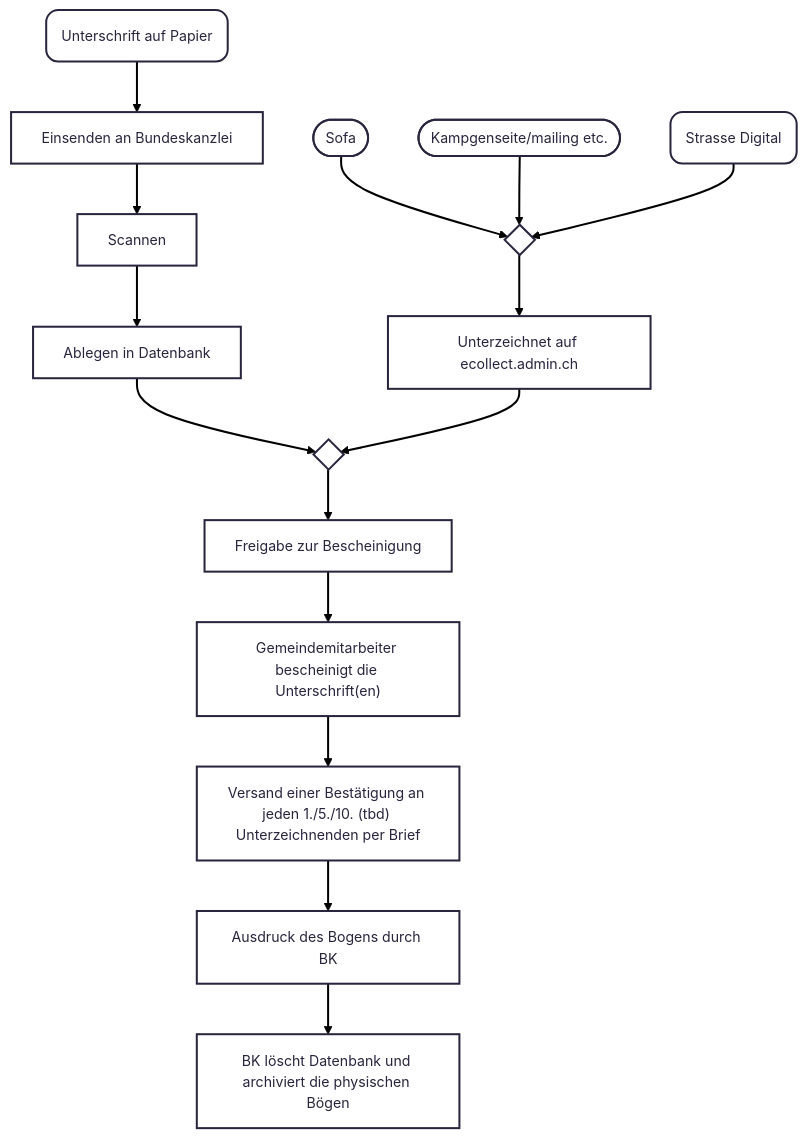
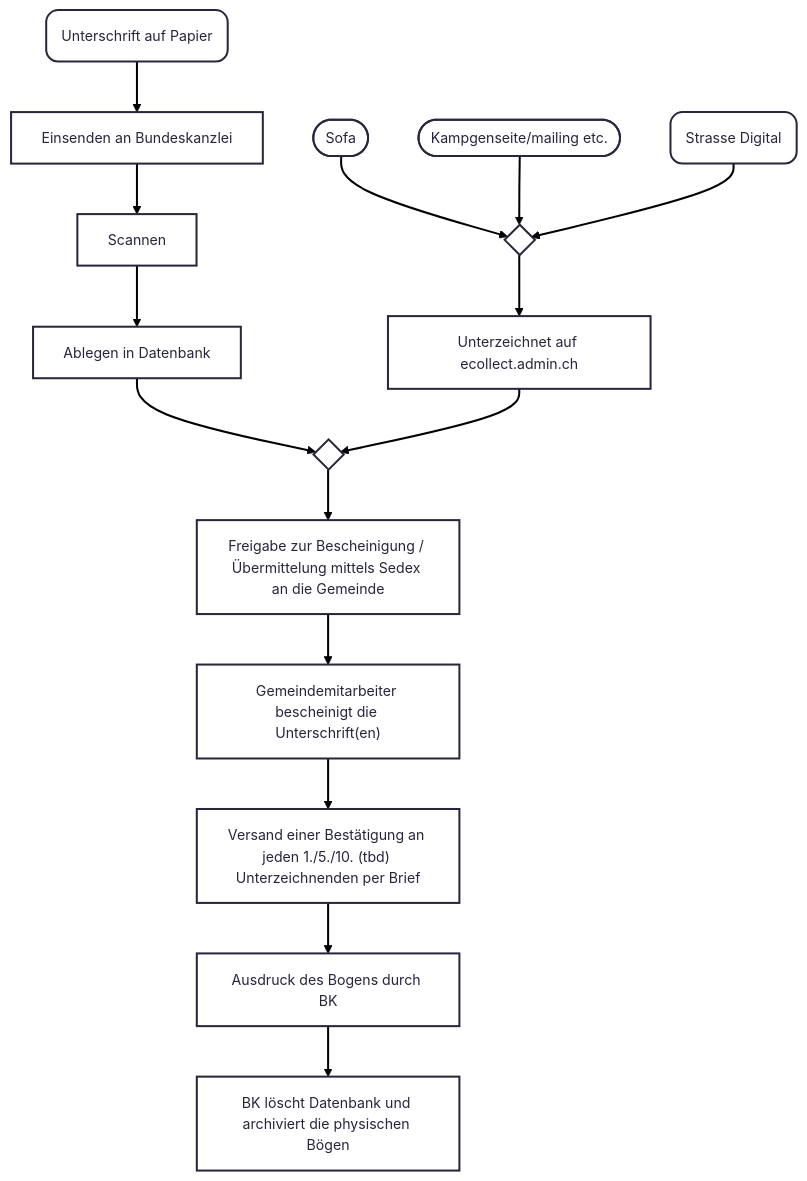
Before and after one commit to swiss/e-collecting-hackathon-team5: the first of 2 diagrams in README.md, drawn with Mermaid.

````diff
--- a/README.md
+++ b/README.md
@@ -24,29 +24,29 @@
 ```mermaid
 ---
 config:
   theme: redux
 ---
 flowchart TD
     A(["Sofa"]) --> B{" "}
     B --> C["Unterzeichnet auf ecollect.admin.ch"]
     n4(["Kampgenseite/mailing etc."]) --> B
     n2["Strasse Digital"] --> B
     n5["Unterschrift auf Papier"] --> n6["Einsenden an Bundeskanzlei"]
     n6 --> n7["Scannen"]
     n7 --> n8["Ablegen in Datenbank"]
     n8 --> n9[" "]
-    n9 --> n10["Freigabe zur Bescheinigung"]
+    n9 --> n10["Freigabe zur Bescheinigung / Übermittelung mittels Sedex an die Gemeinde"]
     C --> n9
     n10 --> n11["Gemeindemitarbeiter bescheinigt die Unterschrift(en)"]
     n11 --> n12["Versand einer Bestätigung an jeden 1./5./10. (tbd) Unterzeichnenden per Brief"]
     n12 --> n13["Ausdruck des Bogens durch BK"]
     n13 --> n14["BK löscht Datenbank und archiviert die physischen Bögen"]
     n2@{ shape: rounded}
     n5@{ shape: rounded}
     n6@{ shape: rect}
     n7@{ shape: rect}
     n9@{ shape: diam}
     n11@{ shape: rect}
     n12@{ shape: rect}
     n13@{ shape: rect}
 ```
````
